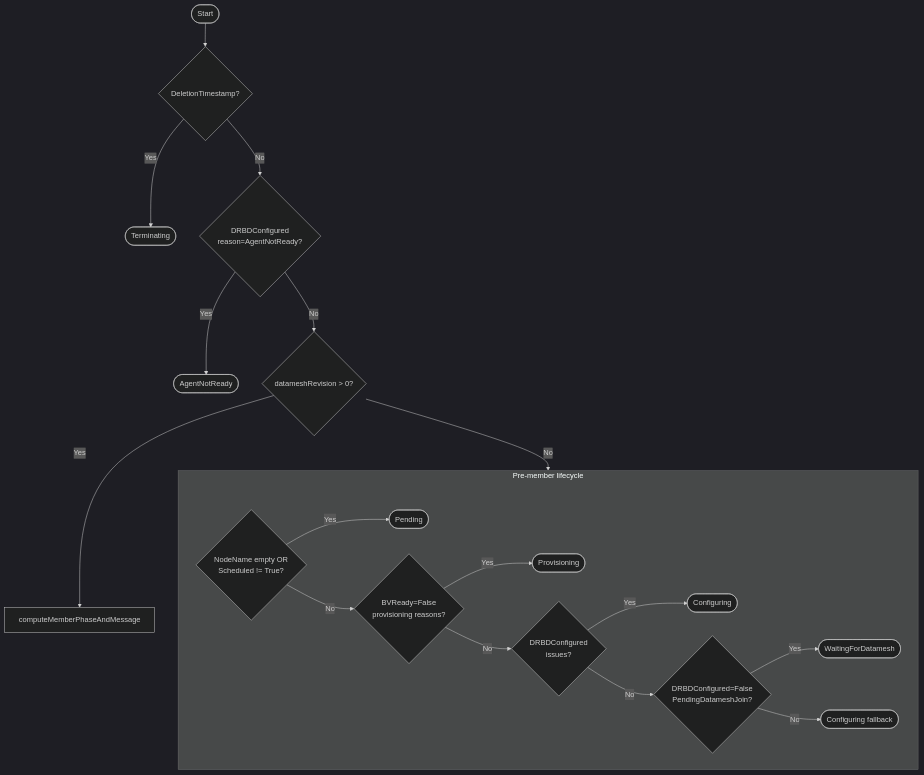
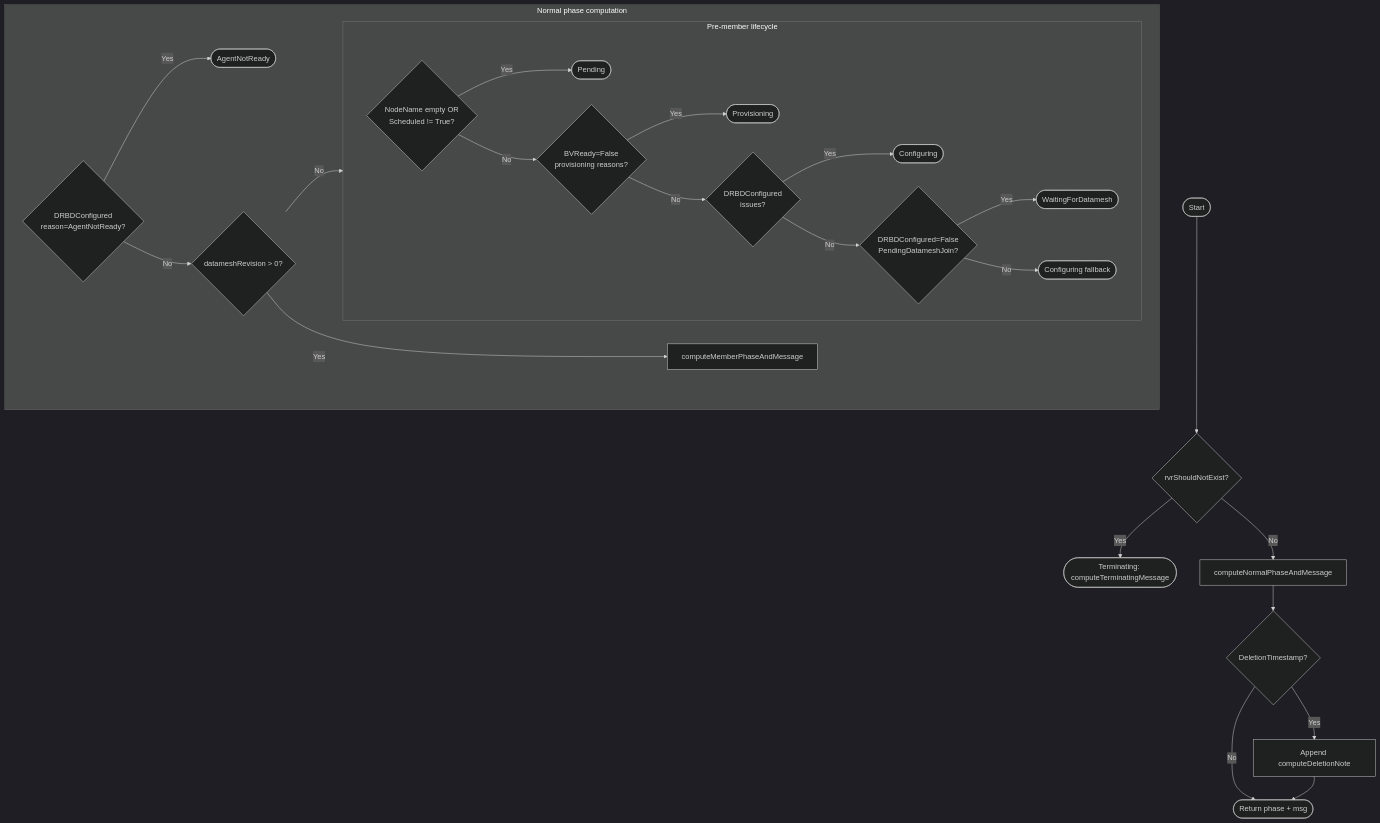
The third of 17 diagrams in images/controller/internal/controllers/rvr_controller/README.md (deckhouse/sds-replicated-volume), drawn with Mermaid (dark theme) before and after one commit. The commit also changed other lines of this file and 2 other files, not shown here.

First line of the commit message:
[controller] Fix Terminating phase: use rvrShouldNotExist instead of DeletionTimestamp

````diff
--- a/images/controller/internal/controllers/rvr_controller/README.md
+++ b/images/controller/internal/controllers/rvr_controller/README.md
@@ -665,25 +679,31 @@
 ```mermaid
 flowchart TD
-    Start([Start]) --> CheckDelete{DeletionTimestamp?}
-    CheckDelete -->|Yes| Terminating([Terminating])
+    Start([Start]) --> CheckSNE{rvrShouldNotExist?}
+    CheckSNE -->|Yes| Terminating(["Terminating: computeTerminatingMessage"])
 
-    CheckDelete -->|No| CheckAgent{DRBDConfigured<br/>reason=AgentNotReady?}
-    CheckAgent -->|Yes| AgentNotReady([AgentNotReady])
+    CheckSNE -->|No| NormalPhase["computeNormalPhaseAndMessage"]
+    NormalPhase --> CheckDT{DeletionTimestamp?}
+    CheckDT -->|Yes| AppendNote["Append computeDeletionNote"]
+    CheckDT -->|No| ReturnAsIs([Return phase + msg])
+    AppendNote --> ReturnAsIs
 
-    CheckAgent -->|No| CheckMember{datameshRevision > 0?}
-
-    CheckMember -->|No| PreMember
-    CheckMember -->|Yes| MemberHealth["computeMemberPhaseAndMessage"]
+    subgraph computeNormalPhaseAndMessage [Normal phase computation]
+        CheckAgent{DRBDConfigured<br/>reason=AgentNotReady?}
+        CheckAgent -->|Yes| AgentNotReady([AgentNotReady])
+        CheckAgent -->|No| CheckMember{datameshRevision > 0?}
+        CheckMember -->|No| PreMember
+        CheckMember -->|Yes| MemberHealth["computeMemberPhaseAndMessage"]
+    end
 
     subgraph PreMember [Pre-member lifecycle]
         CheckPending{NodeName empty OR<br/>Scheduled != True?}
         CheckPending -->|Yes| Pending([Pending])
         CheckPending -->|No| CheckProv{BVReady=False<br/>provisioning reasons?}
         CheckProv -->|Yes| Provisioning([Provisioning])
         CheckProv -->|No| CheckConfig{DRBDConfigured<br/>issues?}
         CheckConfig -->|Yes| Configuring([Configuring])
         CheckConfig -->|No| CheckWait{DRBDConfigured=False<br/>PendingDatameshJoin?}
         CheckWait -->|Yes| WaitDM([WaitingForDatamesh])
         CheckWait -->|No| Fallback([Configuring fallback])
     end
 ```
````
